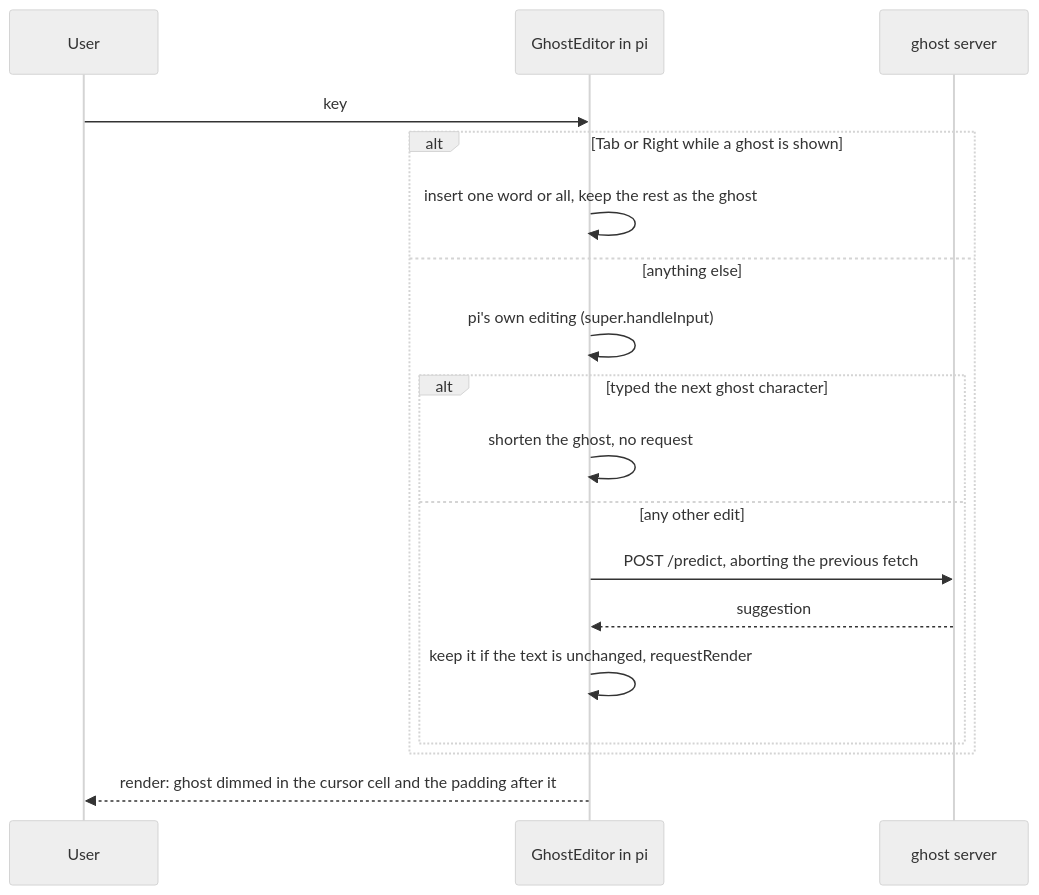
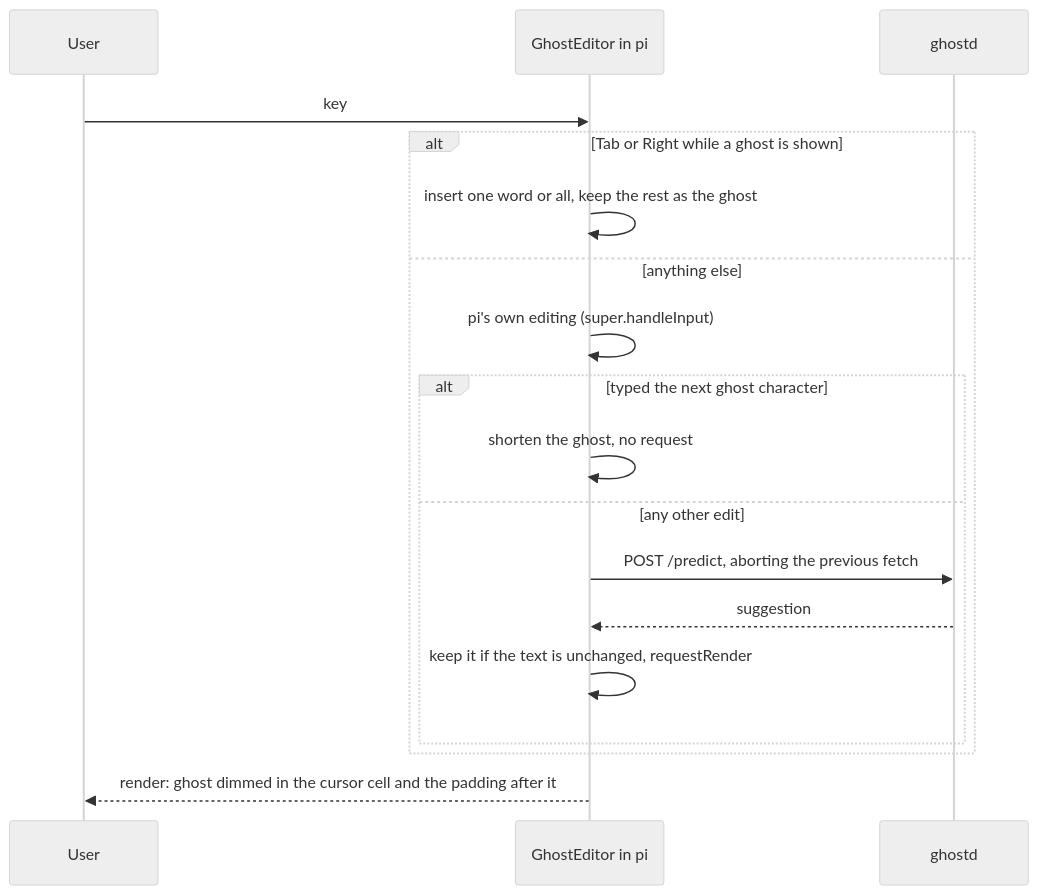
One commit to FreemanX/Homeword changed the diagram in integrations/pi/README.md. Above: the diagram before and after it, drawn with Mermaid (neutral theme). The commit also changed 11 other files, not shown here.

````diff
--- a/integrations/pi/README.md
+++ b/integrations/pi/README.md
@@ -13,20 +13,20 @@
 ```mermaid
 sequenceDiagram
     participant U as User
     participant E as GhostEditor in pi
-    participant D as ghost server
+    participant D as ghostd
     U->>E: key
     alt Tab or Right while a ghost is shown
         E->>E: insert one word or all, keep the rest as the ghost
     else anything else
         E->>E: pi's own editing (super.handleInput)
         alt typed the next ghost character
             E->>E: shorten the ghost, no request
         else any other edit
             E->>D: POST /predict, aborting the previous fetch
             D-->>E: suggestion
             E->>E: keep it if the text is unchanged, requestRender
         end
     end
     E-->>U: render: ghost dimmed in the cursor cell and the padding after it
 ```
````
